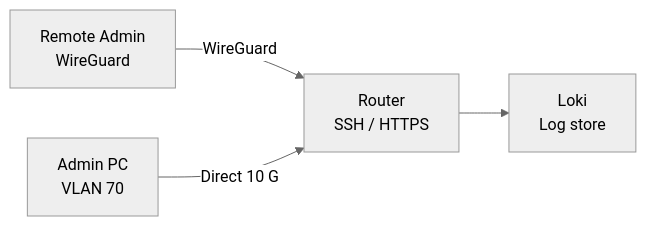
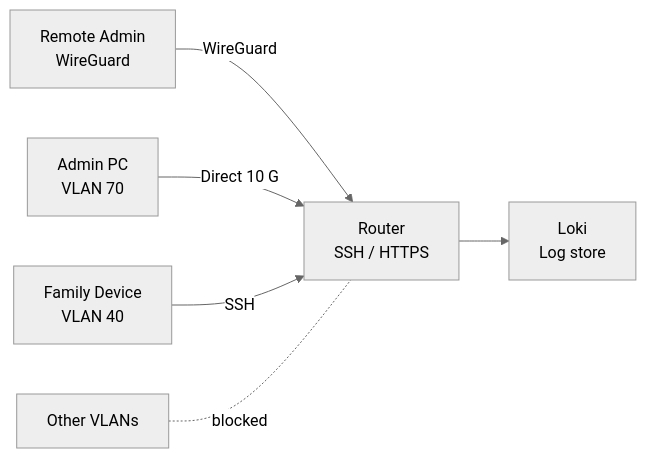
Before and after one commit to GEMISIS/home-network-setup: the sixth of 7 diagrams in SOFTWARE.md, drawn with Mermaid (neutral theme). The commit also changed other lines of this file and 1 other file, not shown here.

Commit message:
Document switch placement and VLAN access rules

````diff
--- a/SOFTWARE.md
+++ b/SOFTWARE.md
@@ -95,11 +113,15 @@
 ```mermaid
 flowchart LR
     AdminPC["Admin PC<br/>VLAN 70"]
+    FamilyPC["Family Device<br/>VLAN 40"]
     WGUser["Remote Admin<br/>WireGuard"]
     Router["Router<br/>SSH / HTTPS"]
     Loki["Loki<br/>Log store"]
+    Others["Other VLANs"]
 
     WGUser -->|"WireGuard"| Router
     AdminPC -->|"Direct 10 G"| Router
+    FamilyPC -->|"SSH"| Router
+    Others -.-|"blocked"| Router
     Router --> Loki
 ```
````
